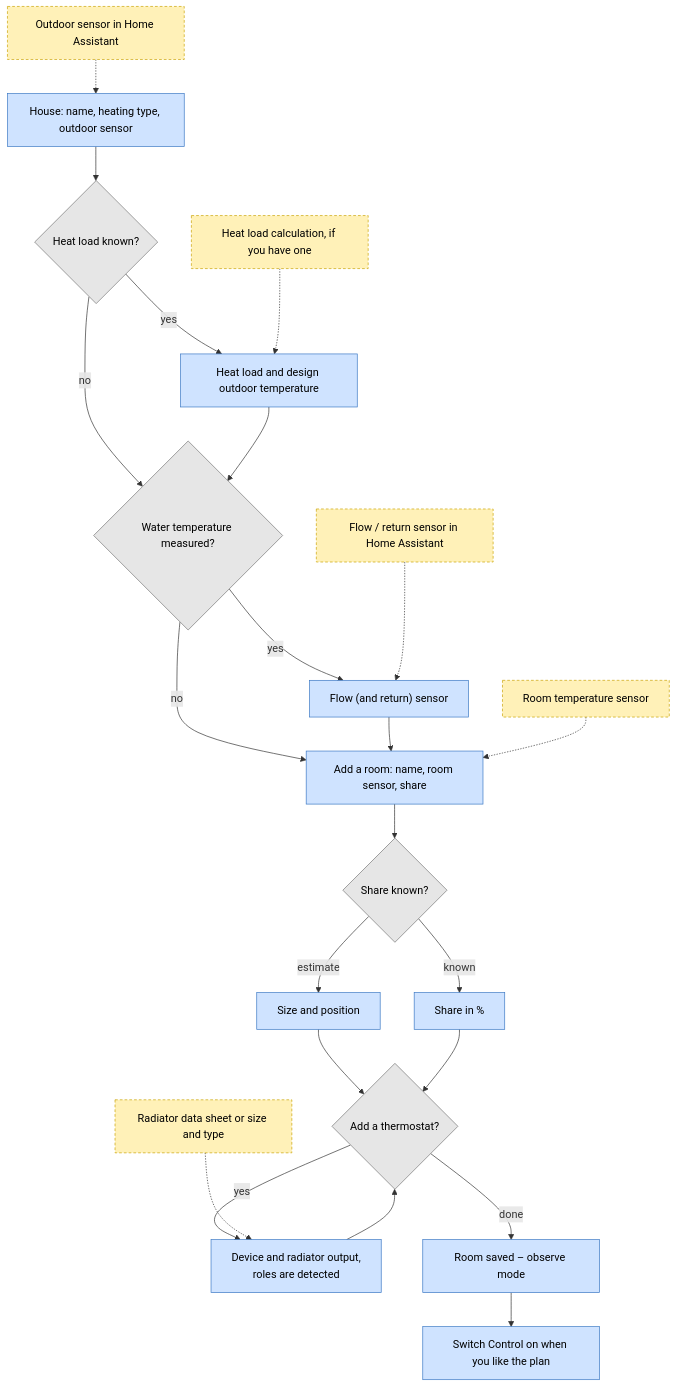
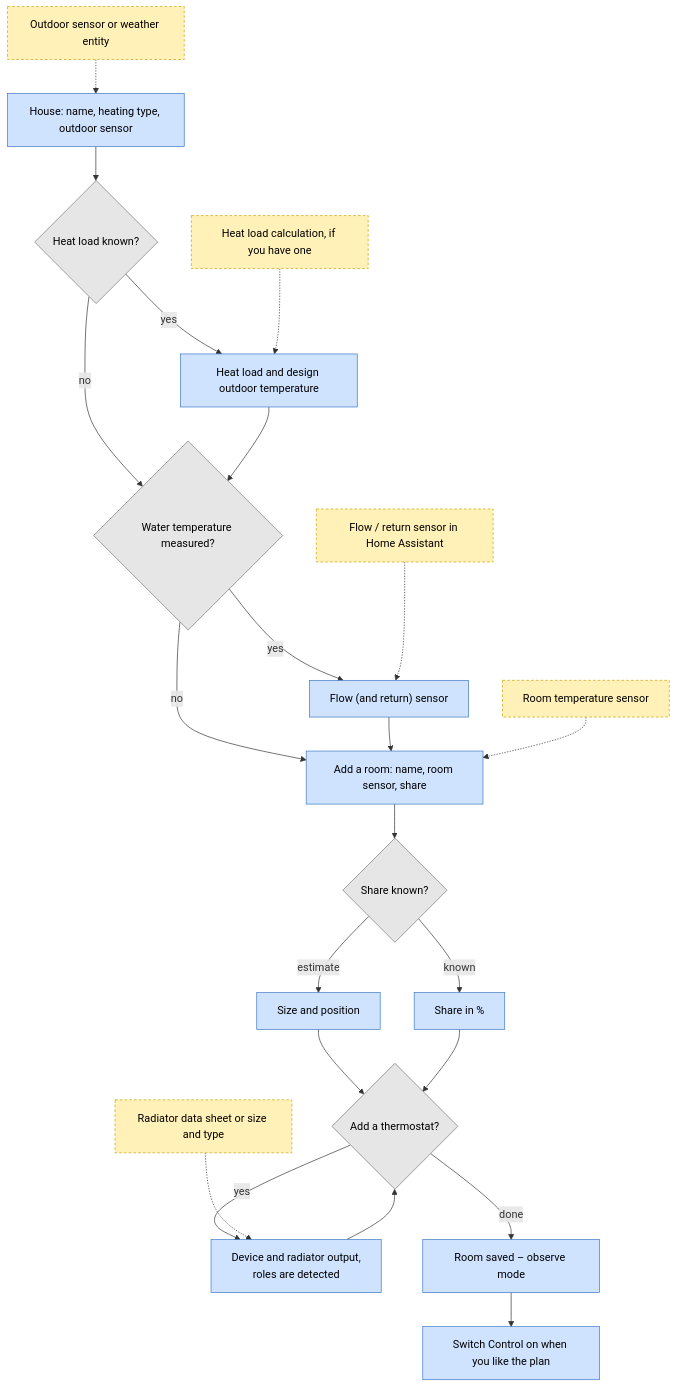
Before and after one commit to mschmiedel/thermogeist: the diagram in docs/en/getting-started.md, drawn with Mermaid. The commit also changed other lines of this file and 8 other files, not shown here.

First line of the commit message:
Outdoor temperature from a weather entity (MDL-008)

````diff
--- a/docs/en/getting-started.md
+++ b/docs/en/getting-started.md
@@ -26,32 +26,32 @@
 ```mermaid
 flowchart TD
     A["House: name, heating type, outdoor sensor"] --> B{"Heat load known?"}
     B -- "yes" --> C["Heat load and design outdoor temperature"]
     B -- "no" --> D
     C --> D{"Water temperature measured?"}
     D -- "yes" --> E["Flow (and return) sensor"]
     D -- "no" --> F
     E --> F["Add a room: name, room sensor, share"]
     F --> G{"Share known?"}
     G -- "estimate" --> H["Size and position"]
     G -- "known" --> I["Share in %"]
     H --> J{"Add a thermostat?"}
     I --> J
     J -- "yes" --> K["Device and radiator output,<br/>roles are detected"]
     K --> J
     J -- "done" --> L["Room saved – observe mode"]
     L --> M["Switch Control on when you like the plan"]
 
-    P1["Outdoor sensor in Home Assistant"] -.-> A
+    P1["Outdoor sensor or weather entity"] -.-> A
     P2["Heat load calculation, if you have one"] -.-> C
     P3["Flow / return sensor in Home Assistant"] -.-> E
     P4["Room temperature sensor"] -.-> F
     P5["Radiator data sheet or size and type"] -.-> K
 
     classDef step fill:#cfe3ff,stroke:#3b78c4,color:#000
     classDef ask fill:#e6e6e6,stroke:#777,color:#000
     classDef prep fill:#fff1b8,stroke:#c9a200,color:#000,stroke-dasharray: 4 3
     class A,C,E,F,H,I,K,L,M step
     class B,D,G,J ask
     class P1,P2,P3,P4,P5 prep
 ```
````
